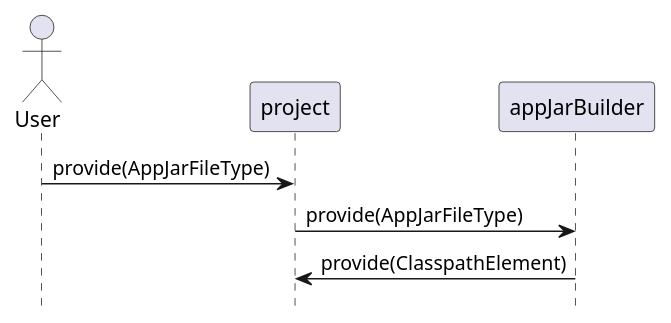
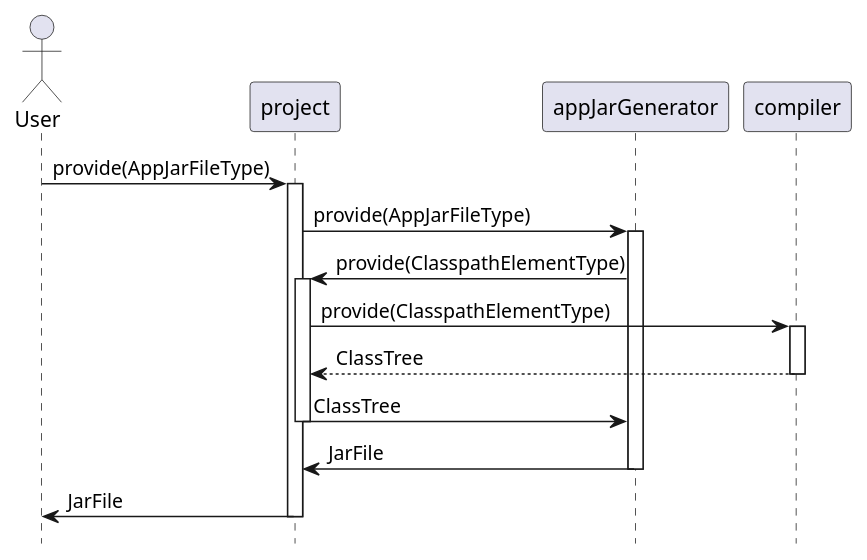
Before and after one commit to mnlipp/JDrupes-Builder: the fourth of 4 diagrams in overview.md, drawn with PlantUML. The commit also changed other lines of this file and 3 other files, not shown here.

```diff
--- a/overview.md
+++ b/overview.md
@@ -74,8 +108,21 @@
 @startuml build-appjar-project.svg
 hide footbox
 
 actor User as user
 user -> project : provide(AppJarFileType)
-project -> appJarBuilder : provide(AppJarFileType)
-appJarBuilder -> project : provide(ClasspathElement)
+activate project
+project -> appJarGenerator : provide(AppJarFileType)
+activate appJarGenerator
+appJarGenerator -> project : provide(ClasspathElementType)
+activate project
+project -> compiler : provide(ClasspathElementType)
+activate compiler
+compiler --> project: ClassTree
+deactivate compiler
+project -> appJarGenerator : ClassTree
+deactivate project
+appJarGenerator -> project : JarFile
+deactivate appJarGenerator
+project -> user : JarFile
+deactivate project
 @enduml
```
